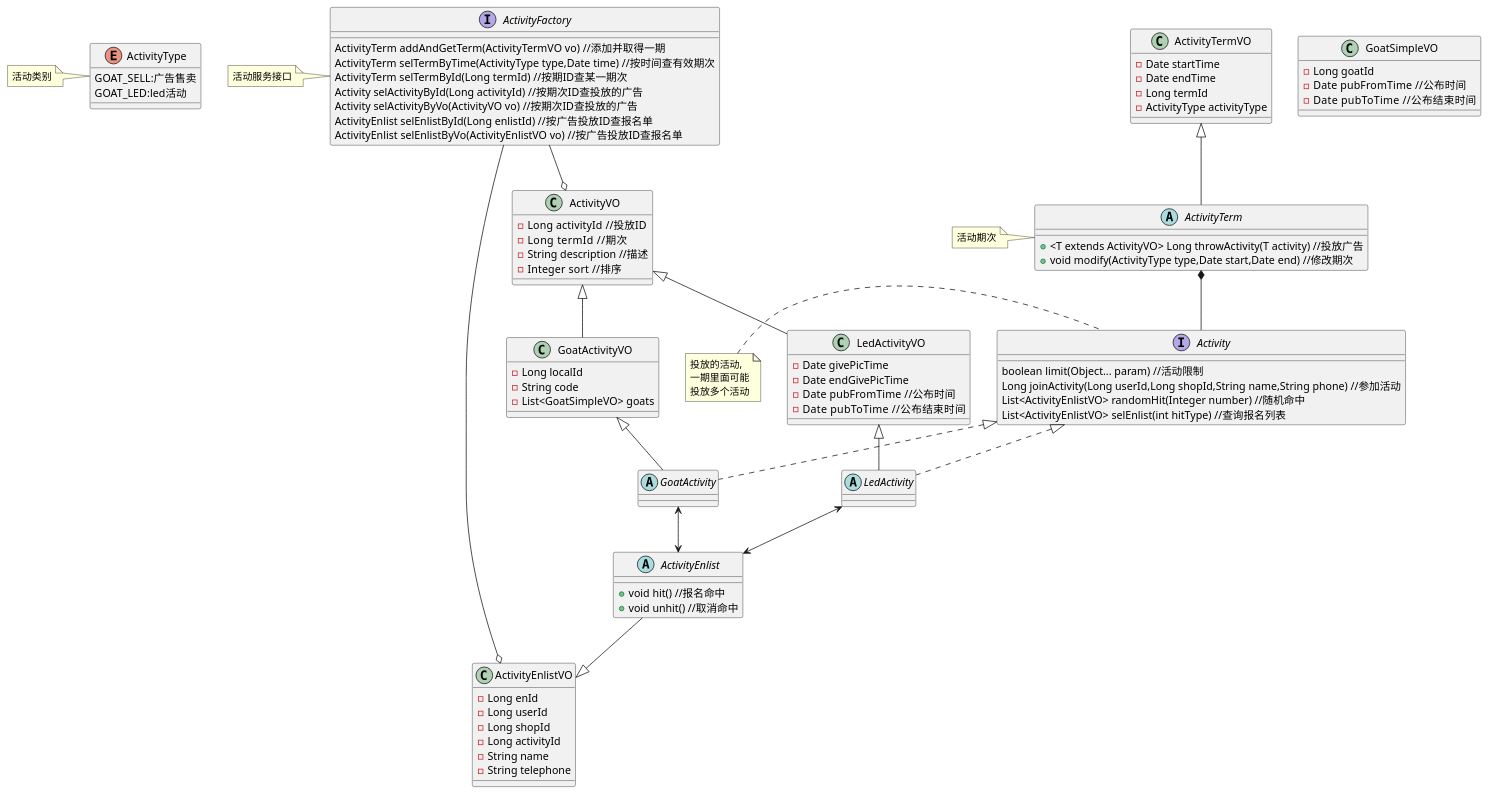
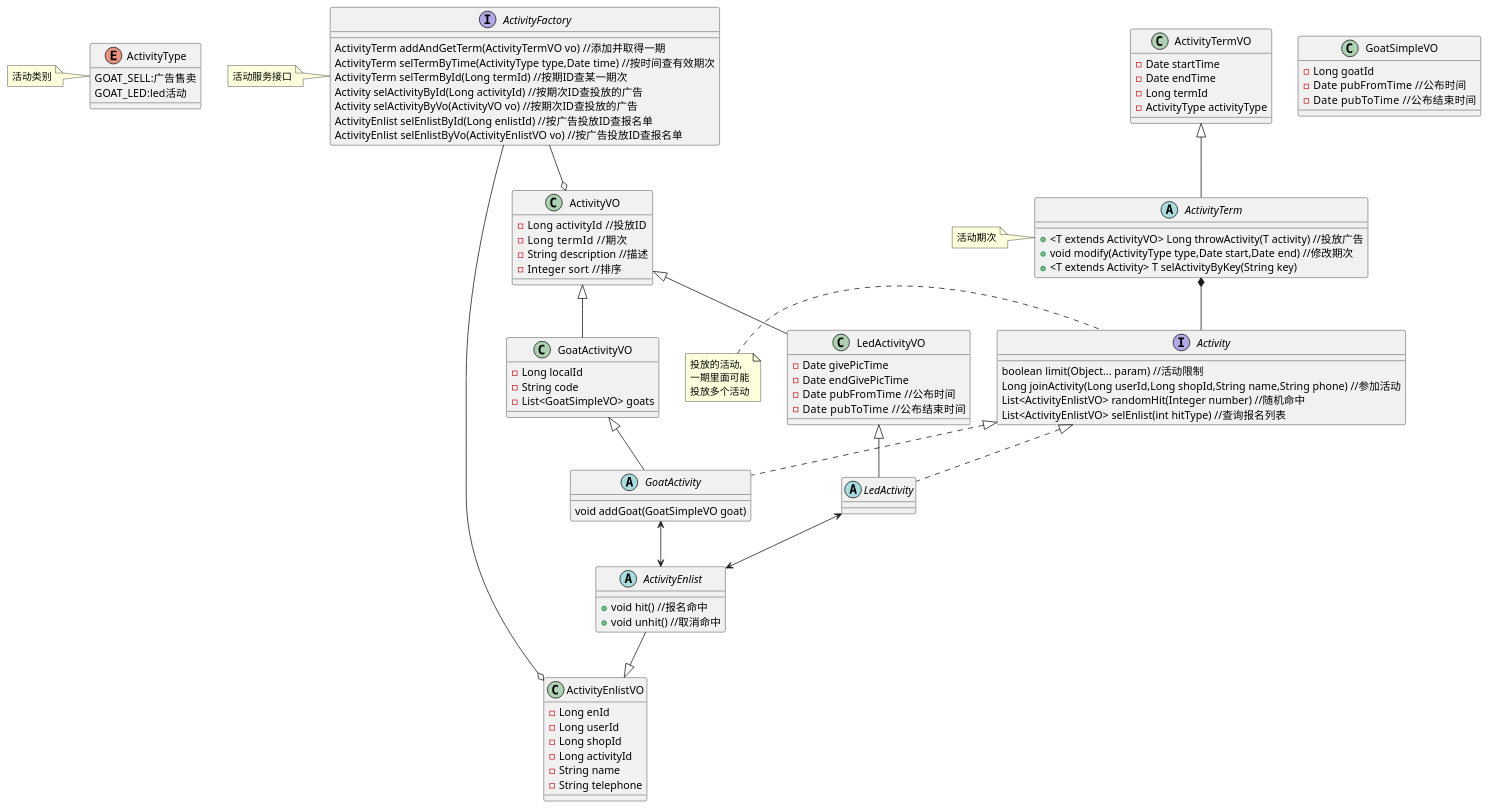
The diagram in main4-spread/main4-spread-api/src/main/resources/activity_class.puml (pogy/main-pom), drawn with PlantUML before and after one commit. The commit also changed 6 other files, not shown here.

```diff
--- a/main4-spread/main4-spread-api/src/main/resources/activity_class.puml
+++ b/main4-spread/main4-spread-api/src/main/resources/activity_class.puml
@@ -1,109 +1,111 @@
 @startuml
 
 enum ActivityType{
 GOAT_SELL:广告售卖
 GOAT_LED:led活动
 }
 
 note left of ActivityType:活动类别
 
 abstract class ActivityTerm{
 +<T extends ActivityVO> Long throwActivity(T activity) //投放广告
 +void modify(ActivityType type,Date start,Date end) //修改期次
++<T extends Activity> T selActivityByKey(String key)
 }
 
 class ActivityTermVO{
 -Date startTime
 -Date endTime
 -Long termId
 -ActivityType activityType
 }
 
 note left of ActivityTerm:活动期次
 
 interface Activity{
 boolean limit(Object... param) //活动限制
 Long joinActivity(Long userId,Long shopId,String name,String phone) //参加活动
 List<ActivityEnlistVO> randomHit(Integer number) //随机命中
 List<ActivityEnlistVO> selEnlist(int hitType) //查询报名列表
 }
 
 note left of Activity:投放的活动,\n一期里面可能\n投放多个活动
 
 abstract class GoatActivity{
+ void addGoat(GoatSimpleVO goat)
 }
 
 class ActivityVO{
 -Long activityId  //投放ID
 -Long termId   //期次
 -String description //描述
 -Integer sort  //排序
 }
 
 class GoatActivityVO{
 -Long localId
 -String code
 -List<GoatSimpleVO> goats
 }
 
 class GoatSimpleVO{
 -Long goatId
 -Date pubFromTime  //公布时间
 -Date pubToTime   //公布结束时间
 }
 
 abstract class LedActivity{
 }
 
 class LedActivityVO{
 -Date givePicTime
 -Date endGivePicTime
 -Date pubFromTime  //公布时间
 -Date pubToTime   //公布结束时间
 }
 
 abstract class ActivityEnlist{
 +void hit() //报名命中
 +void unhit() //取消命中
 }
 
 class ActivityEnlistVO{
 -Long enId
 -Long userId
 -Long shopId
 -Long activityId
 -String name
 -String telephone
 }
 
 interface ActivityFactory{
 ActivityTerm addAndGetTerm(ActivityTermVO vo) //添加并取得一期
 ActivityTerm selTermByTime(ActivityType type,Date time) //按时间查有效期次
 ActivityTerm selTermById(Long termId) //按期ID查某一期次
 Activity selActivityById(Long activityId) //按期次ID查投放的广告
 Activity selActivityByVo(ActivityVO vo) //按期次ID查投放的广告
 ActivityEnlist selEnlistById(Long enlistId) //按广告投放ID查报名单
 ActivityEnlist selEnlistByVo(ActivityEnlistVO vo) //按广告投放ID查报名单
 
 }
 
 note left of ActivityFactory:活动服务接口
 Activity <|.. GoatActivity
 
 Activity <|.. LedActivity
 
 ActivityTerm *-- Activity
 
 ActivityTermVO <|--ActivityTerm
 
 GoatActivity <--> ActivityEnlist
 LedActivity <--> ActivityEnlist
 ActivityFactory --o ActivityEnlistVO
 ActivityFactory --o ActivityVO
 ActivityVO <|-- LedActivityVO
 ActivityVO <|-- GoatActivityVO
 
 LedActivityVO <|-- LedActivity
 GoatActivityVO <|-- GoatActivity
 ActivityEnlist --|> ActivityEnlistVO
 @enduml
```
